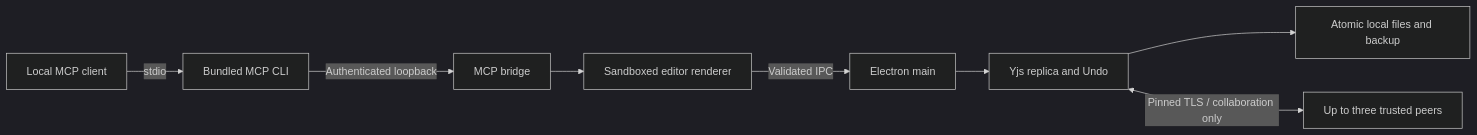
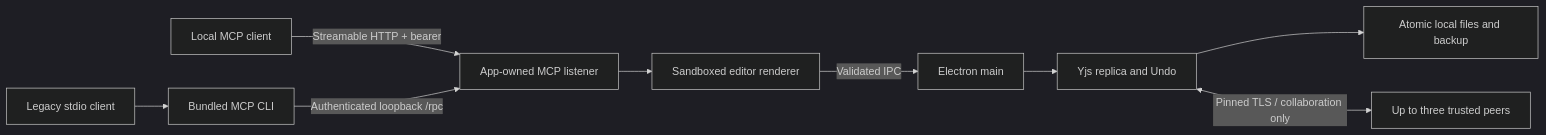
One commit to Dindb-dong/oh-my-canvas changed the diagram in docs/ARCHITECTURE.md. Above: the diagram before and after it, drawn with Mermaid (dark theme). The commit also changed other lines of this file and 9 other files, not shown here.

Commit message:
docs: explain HTTP MCP credentials and restart recovery

````diff
--- a/docs/ARCHITECTURE.md
+++ b/docs/ARCHITECTURE.md
@@ -7,10 +7,11 @@
 ```mermaid
 flowchart LR
-  Agent[Local MCP client] -->|stdio| CLI[Bundled MCP CLI]
-  CLI -->|Authenticated loopback| Bridge[MCP bridge]
+  Agent[Local MCP client] -->|Streamable HTTP + bearer| Bridge[App-owned MCP listener]
+  Legacy[Legacy stdio client] --> CLI[Bundled MCP CLI]
+  CLI -->|Authenticated loopback /rpc| Bridge
   Bridge --> Renderer[Sandboxed editor renderer]
   Renderer -->|Validated IPC| Main[Electron main]
   Main --> Replica[Yjs replica and Undo]
   Replica --> Store[Atomic local files and backup]
   Replica <-->|Pinned TLS / collaboration only| Peer[Up to three trusted peers]
 ```
````
